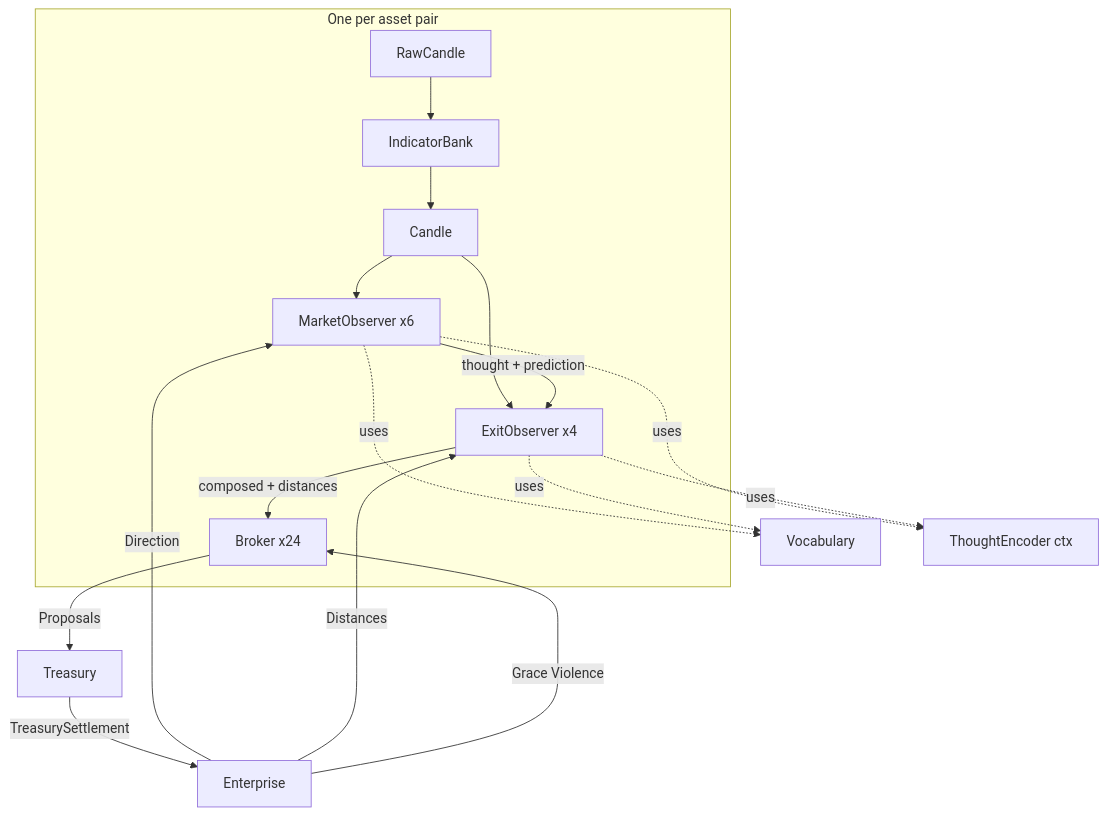
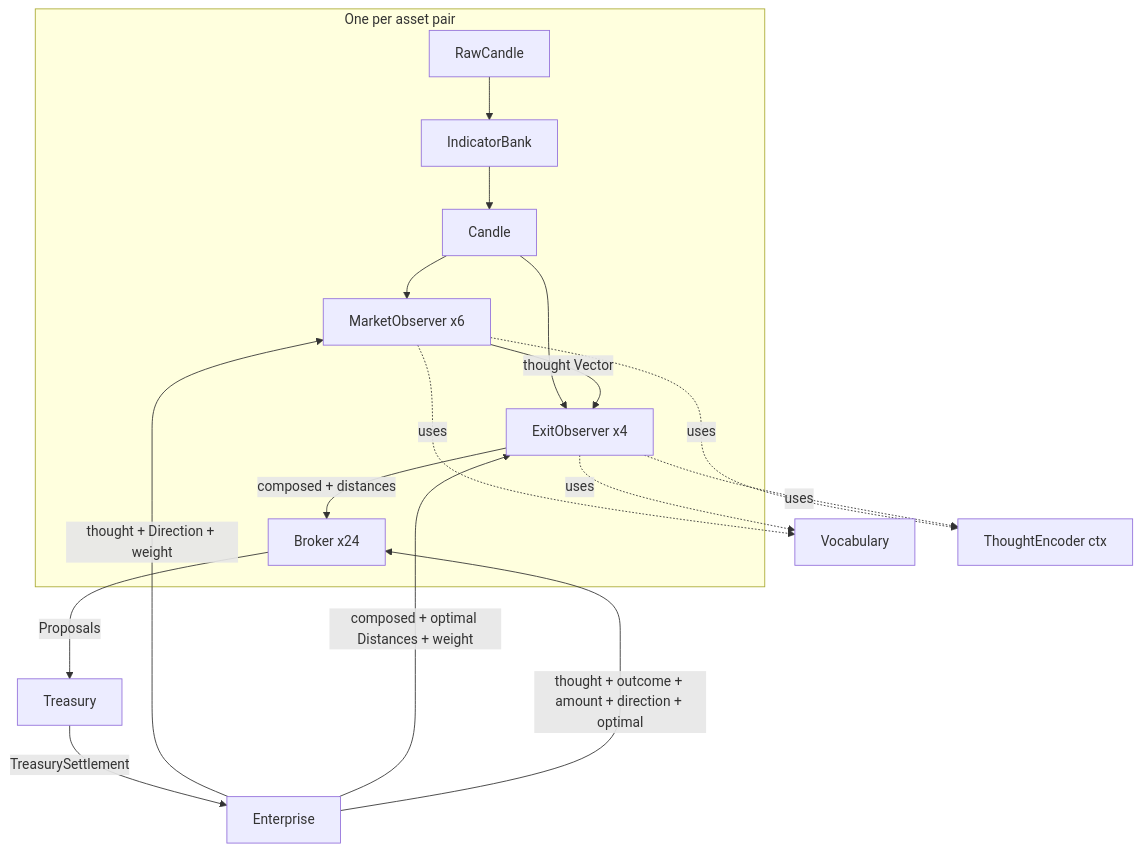
Before and after one commit to watmin/holon-lab-trading: the first of 7 diagrams in wat/CIRCUIT.md, drawn with Mermaid. The commit also changed 1 other file, not shown here.

Commit message:
wat: circuit labels honest, observe-distances learns from composed, drain-logs interface
Mermaid: MO→EO is "thought Vector" not "thought + prediction". Feedback
arrows carry full payload (thought + direction + weight, etc). Exit observer
explicitly learns from composed thought. Enterprise gains drain-logs
interface for the glass box.

````diff
--- a/wat/CIRCUIT.md
+++ b/wat/CIRCUIT.md
@@ -15,20 +15,20 @@
 ```mermaid
 graph TD
     subgraph Post [One per asset pair]
         RC[RawCandle] --> IB[IndicatorBank]
         IB --> CD[Candle]
         CD --> MO[MarketObserver x6]
         CD --> EO[ExitObserver x4]
-        MO -->|thought + prediction| EO
+        MO -->|thought Vector| EO
         EO -->|composed + distances| BR[Broker x24]
     end
     MO -.->|uses| VO[Vocabulary]
     MO -.->|uses| TE[ThoughtEncoder ctx]
     EO -.->|uses| VO
     EO -.->|uses| TE
     BR -->|Proposals| TR[Treasury]
     TR -->|TreasurySettlement| EN[Enterprise]
-    EN -->|Direction| MO
-    EN -->|Distances| EO
-    EN -->|Grace Violence| BR
+    EN -->|thought + Direction + weight| MO
+    EN -->|composed + optimal Distances + weight| EO
+    EN -->|thought + outcome + amount + direction + optimal| BR
 ```
````
